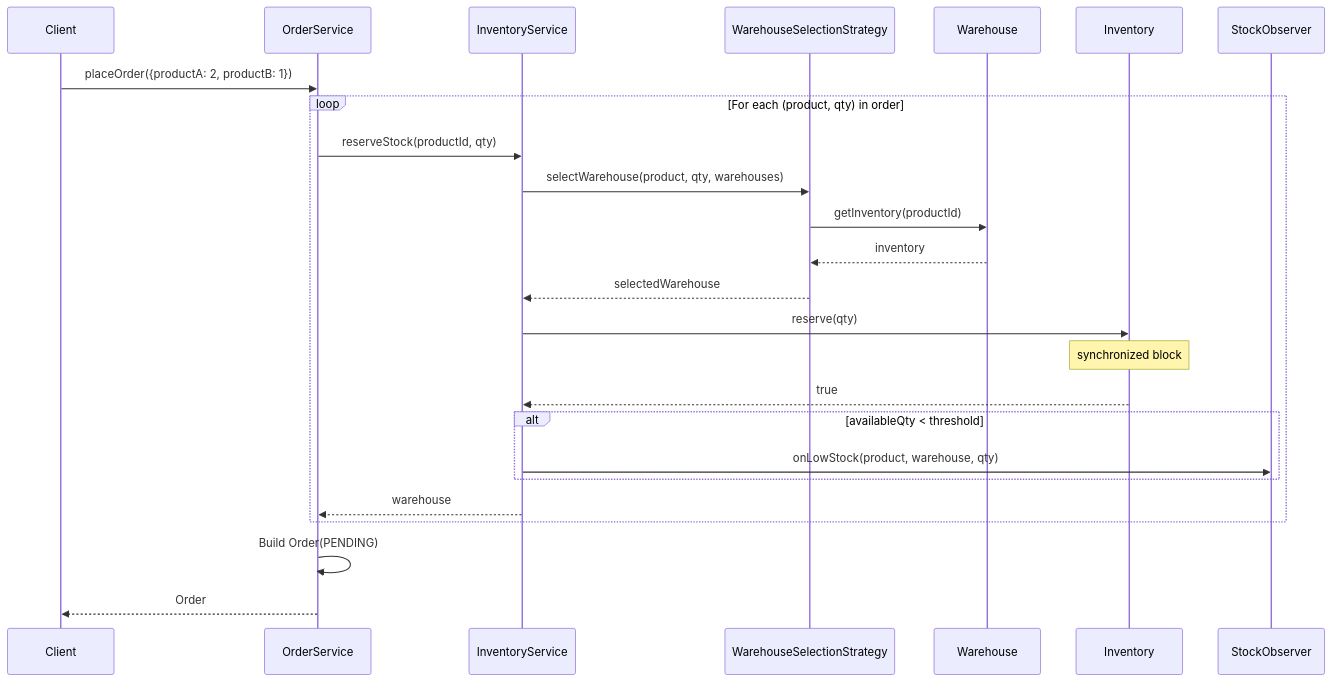
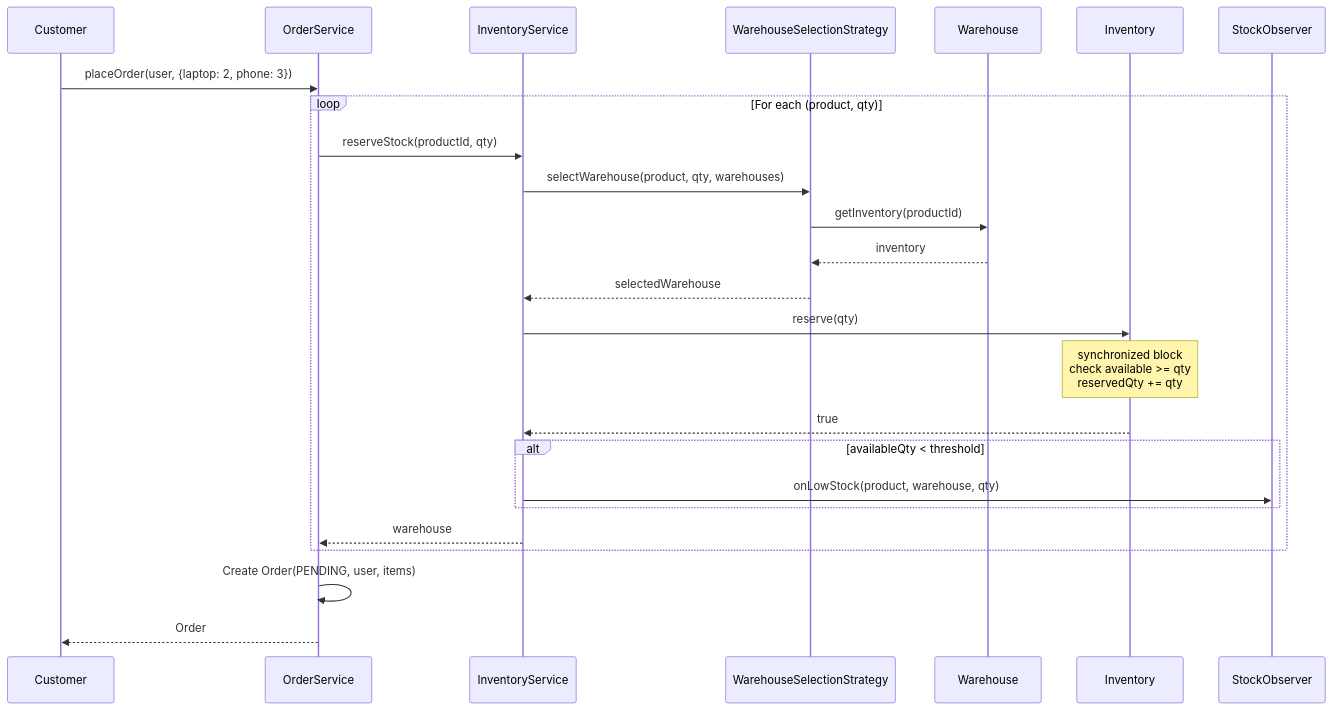
One commit to puja081/DesignPattern changed the second of 5 diagrams in src/main/java/com/design/inventory_management_system/README.md. Above: the diagram before and after it, drawn with Mermaid. The commit also changed other lines of this file and 1 other file, not shown here.

````diff
--- a/src/main/java/com/design/inventory_management_system/README.md
+++ b/src/main/java/com/design/inventory_management_system/README.md
@@ -215,30 +295,30 @@
 ```mermaid
 sequenceDiagram
-    participant C as Client
+    participant C as Customer
     participant OS as OrderService
     participant IS as InventoryService
     participant WS as WarehouseSelectionStrategy
     participant W as Warehouse
     participant I as Inventory
     participant SO as StockObserver
 
-    C->>OS: placeOrder({productA: 2, productB: 1})
+    C->>OS: placeOrder(user, {laptop: 2, phone: 3})
 
-    loop For each (product, qty) in order
+    loop For each (product, qty)
         OS->>IS: reserveStock(productId, qty)
         IS->>WS: selectWarehouse(product, qty, warehouses)
         WS->>W: getInventory(productId)
         W-->>WS: inventory
         WS-->>IS: selectedWarehouse
         IS->>I: reserve(qty)
-        Note over I: synchronized block
+        Note over I: synchronized block<br/>check available >= qty<br/>reservedQty += qty
         I-->>IS: true
         alt availableQty < threshold
             IS->>SO: onLowStock(product, warehouse, qty)
         end
         IS-->>OS: warehouse
     end
 
-    OS->>OS: Build Order(PENDING)
+    OS->>OS: Create Order(PENDING, user, items)
     OS-->>C: Order
 ```
````
